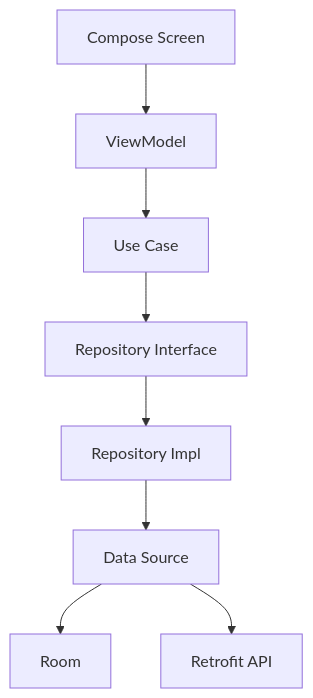
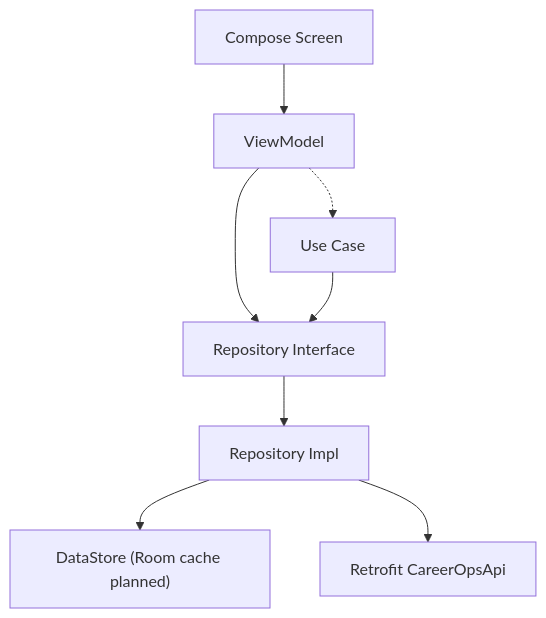
The second of 3 diagrams in docs/system-architecture.md (dthuy62/jobflow), drawn with Mermaid before and after one commit. The commit also changed other lines of this file and 31 other files, not shown here.

````diff
--- a/docs/system-architecture.md
+++ b/docs/system-architecture.md
@@ -35,19 +35,18 @@
 ```mermaid
 flowchart TD
   Screen["Compose Screen"]
   VM["ViewModel"]
   UseCase["Use Case"]
   Repo["Repository Interface"]
   RepoImpl["Repository Impl"]
-  DS["Data Source"]
-  Local["Room"]
-  Remote["Retrofit API"]
+  Local["DataStore (Room cache planned)"]
+  Remote["Retrofit CareerOpsApi"]
 
   Screen --> VM
-  VM --> UseCase
+  VM --> Repo
+  VM -.-> UseCase
   UseCase --> Repo
   Repo --> RepoImpl
-  RepoImpl --> DS
-  DS --> Local
-  DS --> Remote
+  RepoImpl --> Local
+  RepoImpl --> Remote
 ```
````
